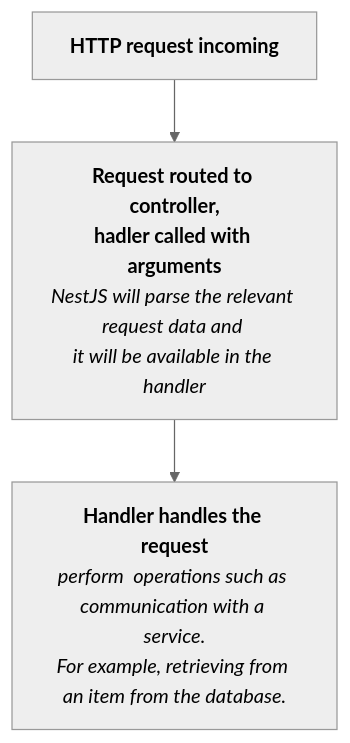
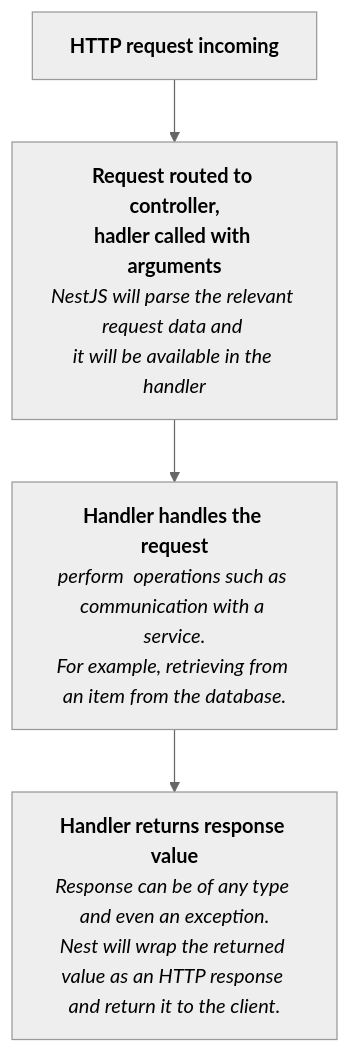
Before and after one commit to albin-joseph/myjslearnings: the diagram in nestjs/NestJs.MD, drawn with Mermaid (neutral theme).

Commit message:
add flowdiagram

````diff
--- a/nestjs/NestJs.MD
+++ b/nestjs/NestJs.MD
@@ -122,15 +122,20 @@
     ```mermaid
         flowchart TD;
             step1["`**HTTP request incoming**`"]
             step2["`**Request routed to controller,
             hadler called with arguments**
             _NestJS will parse the relevant request data and 
             it will be available in the handler_
             `"]
             step1 --> step2
             step3["`**Handler handles the request**
             _perform  operations such as communication with a service.
             For example, retrieving from an item from the database._
             `"]
             step2 --> step3
+            step4["`**Handler returns response value**
+            _Response can be of any type and even an exception.
+            Nest will wrap the returned value as an HTTP response and return it to the client._
+            `"]
+            step3 --> step4
     ```
````
